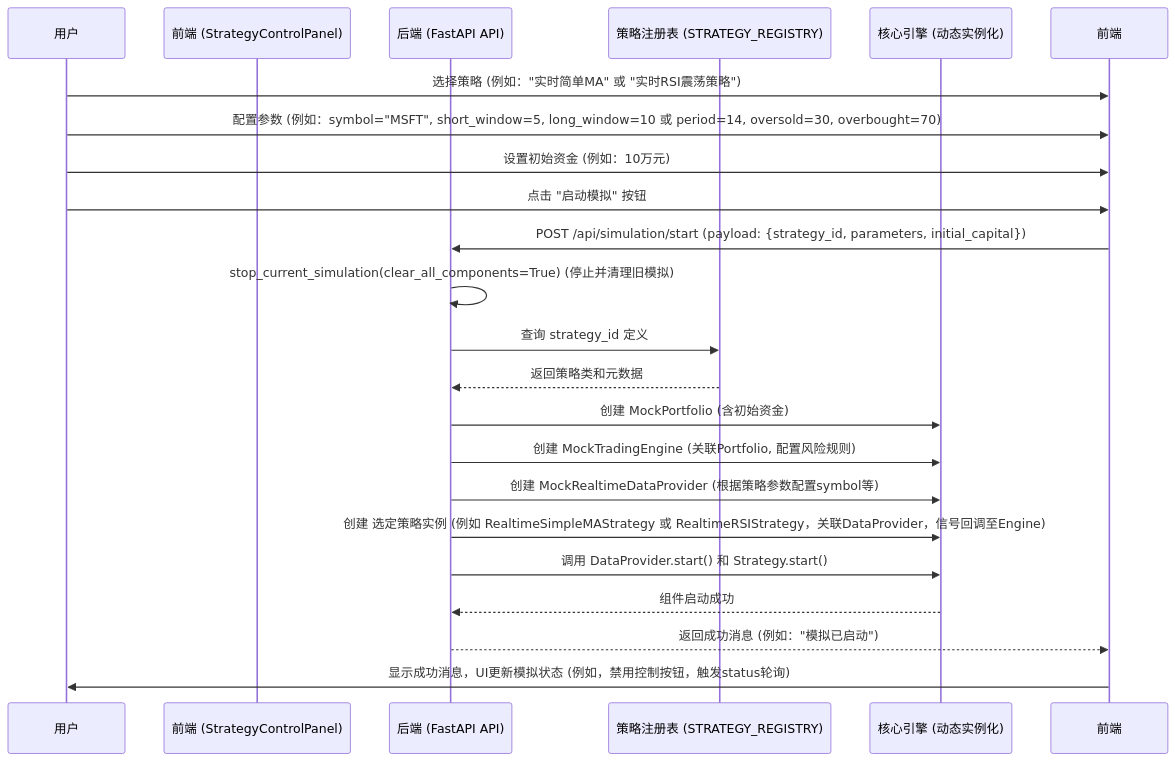
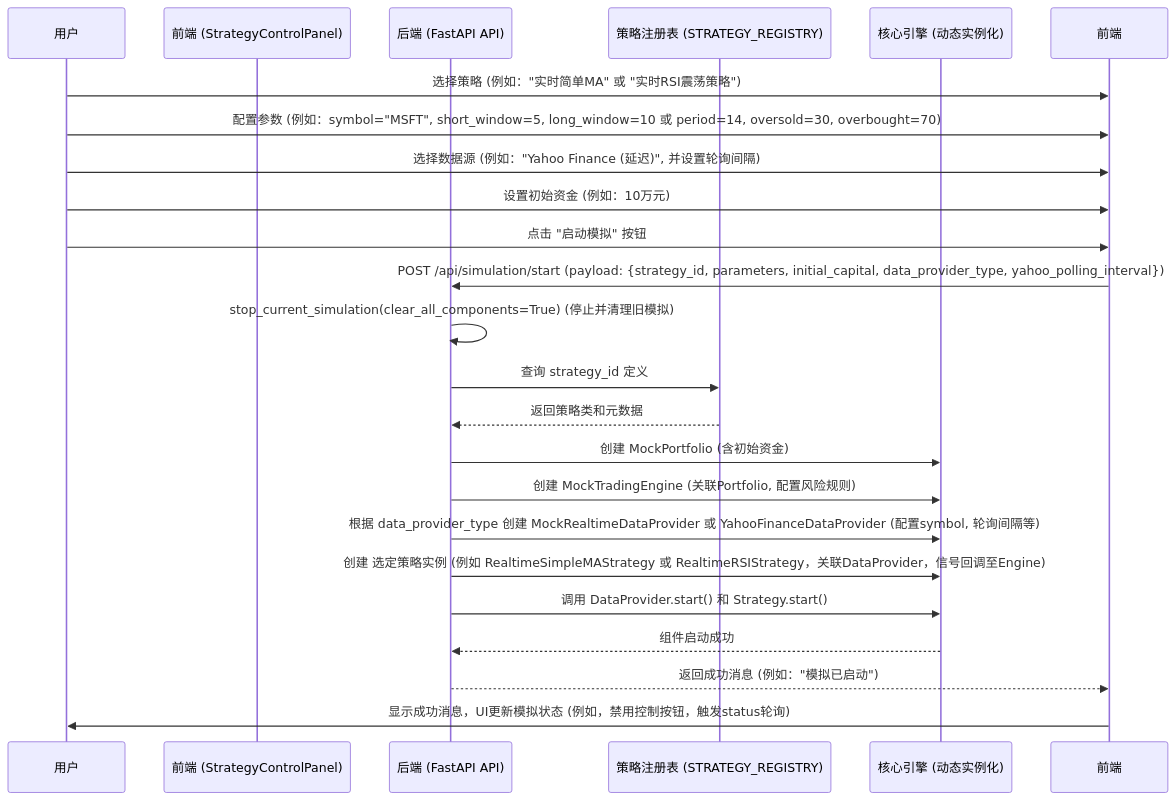
One commit to keyboard3/trading changed the second of 2 diagrams in .cursor/rules/project_architecture.mdc. Above: the diagram before and after it, drawn with Mermaid. The commit also changed other lines of this file and 7 other files, not shown here.

````diff
--- a/.cursor/rules/project_architecture.mdc
+++ b/.cursor/rules/project_architecture.mdc
@@ -107,25 +111,26 @@
 ```mermaid
 sequenceDiagram
     participant 用户
     participant 前端 (StrategyControlPanel)
     participant 后端 (FastAPI API)
     participant 策略注册表 (STRATEGY_REGISTRY)
     participant 核心引擎 (动态实例化)
 
     用户->>前端: 选择策略 (例如："实时简单MA" 或 "实时RSI震荡策略")
     用户->>前端: 配置参数 (例如：symbol="MSFT", short_window=5, long_window=10 或 period=14, oversold=30, overbought=70)
+    用户->>前端: 选择数据源 (例如："Yahoo Finance (延迟)", 并设置轮询间隔)
     用户->>前端: 设置初始资金 (例如：10万元)
     用户->>前端: 点击 "启动模拟" 按钮
-    前端->>后端 (FastAPI API): POST /api/simulation/start (payload: {strategy_id, parameters, initial_capital})
+    前端->>后端 (FastAPI API): POST /api/simulation/start (payload: {strategy_id, parameters, initial_capital, data_provider_type, yahoo_polling_interval})
     后端 (FastAPI API)->>后端 (FastAPI API): stop_current_simulation(clear_all_components=True) (停止并清理旧模拟)
     后端 (FastAPI API)->>策略注册表 (STRATEGY_REGISTRY): 查询 strategy_id 定义
     策略注册表 (STRATEGY_REGISTRY)-->>后端 (FastAPI API): 返回策略类和元数据
     后端 (FastAPI API)->>核心引擎 (动态实例化): 创建 MockPortfolio (含初始资金)
     后端 (FastAPI API)->>核心引擎 (动态实例化): 创建 MockTradingEngine (关联Portfolio, 配置风险规则)
-    后端 (FastAPI API)->>核心引擎 (动态实例化): 创建 MockRealtimeDataProvider (根据策略参数配置symbol等)
+    后端 (FastAPI API)->>核心引擎 (动态实例化): 根据 data_provider_type 创建 MockRealtimeDataProvider 或 YahooFinanceDataProvider (配置symbol, 轮询间隔等)
     后端 (FastAPI API)->>核心引擎 (动态实例化): 创建 选定策略实例 (例如 RealtimeSimpleMAStrategy 或 RealtimeRSIStrategy，关联DataProvider，信号回调至Engine)
     后端 (FastAPI API)->>核心引擎 (动态实例化): 调用 DataProvider.start() 和 Strategy.start()
     核心引擎 (动态实例化)-->>后端 (FastAPI API): 组件启动成功
     后端 (FastAPI API)-->>前端: 返回成功消息 (例如："模拟已启动")
     前端->>用户: 显示成功消息，UI更新模拟状态 (例如，禁用控制按钮，触发status轮询)
 ```
````
